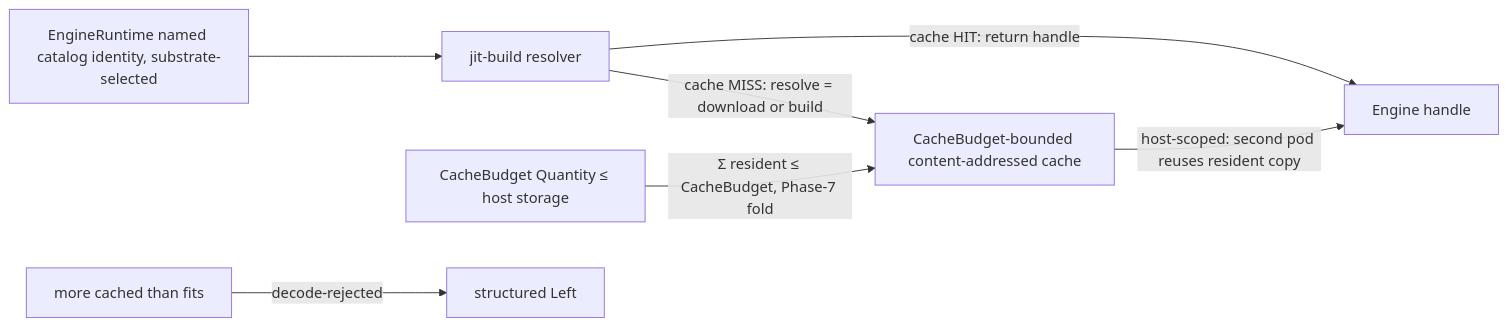
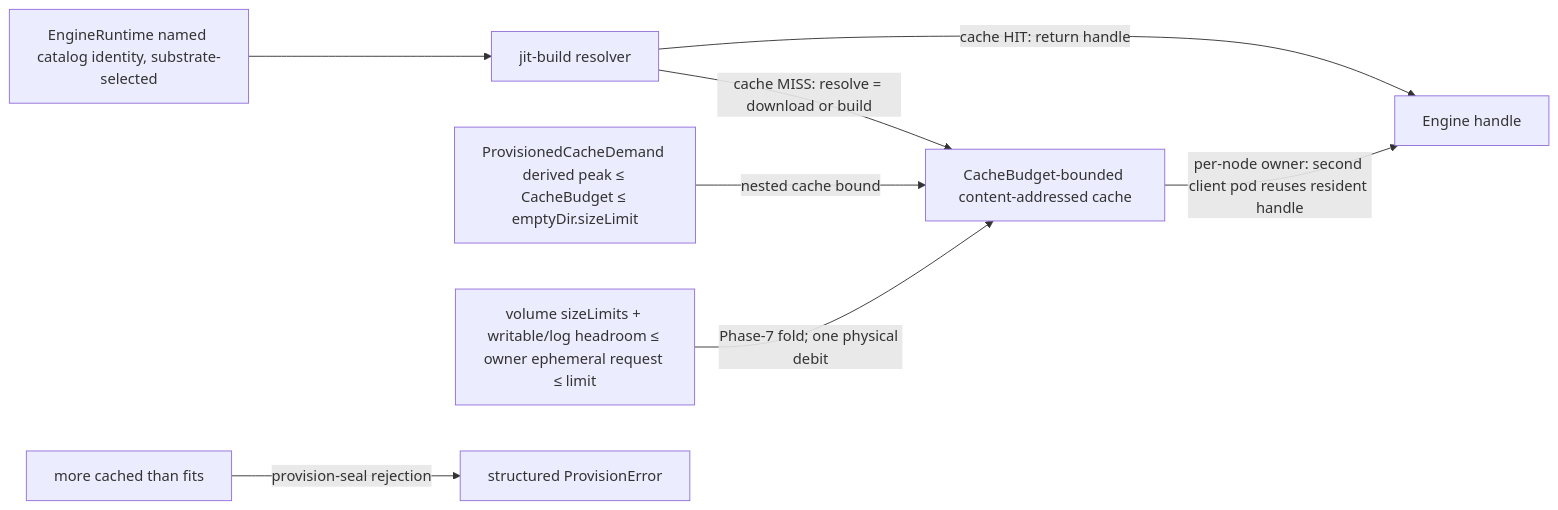
Before and after one commit to Tuee22/amoebius: the diagram in DEVELOPMENT_PLAN/phase_32_jitbuild_engine_cache.md, drawn with Mermaid. The commit also changed other lines of this file and 87 other files, not shown here.

````diff
--- a/DEVELOPMENT_PLAN/phase_32_jitbuild_engine_cache.md
+++ b/DEVELOPMENT_PLAN/phase_32_jitbuild_engine_cache.md
@@ -55,9 +68,10 @@
 ```mermaid
 flowchart LR
   dhall[EngineRuntime named catalog identity, substrate-selected] --> resolver[jit-build resolver]
   resolver -->|"cache HIT: return handle"| handle[Engine handle]
   resolver -->|"cache MISS: resolve = download or build"| cache[CacheBudget-bounded content-addressed cache]
-  cache -->|"host-scoped: second pod reuses resident copy"| handle
-  budget[CacheBudget Quantity ≤ host storage] -->|"Σ resident ≤ CacheBudget, Phase-7 fold"| cache
-  overbudget[more cached than fits] -->|decode-rejected| reject[structured Left]
+  cache -->|"per-node owner: second client pod reuses resident handle"| handle
+  cachebound[ProvisionedCacheDemand derived peak ≤ CacheBudget ≤ emptyDir.sizeLimit] -->|"nested cache bound"| cache
+  podbound[volume sizeLimits + writable/log headroom ≤ owner ephemeral request ≤ limit] -->|"Phase-7 fold; one physical debit"| cache
+  overbudget[more cached than fits] -->|provision-seal rejection| reject[structured ProvisionError]
 ```
````
